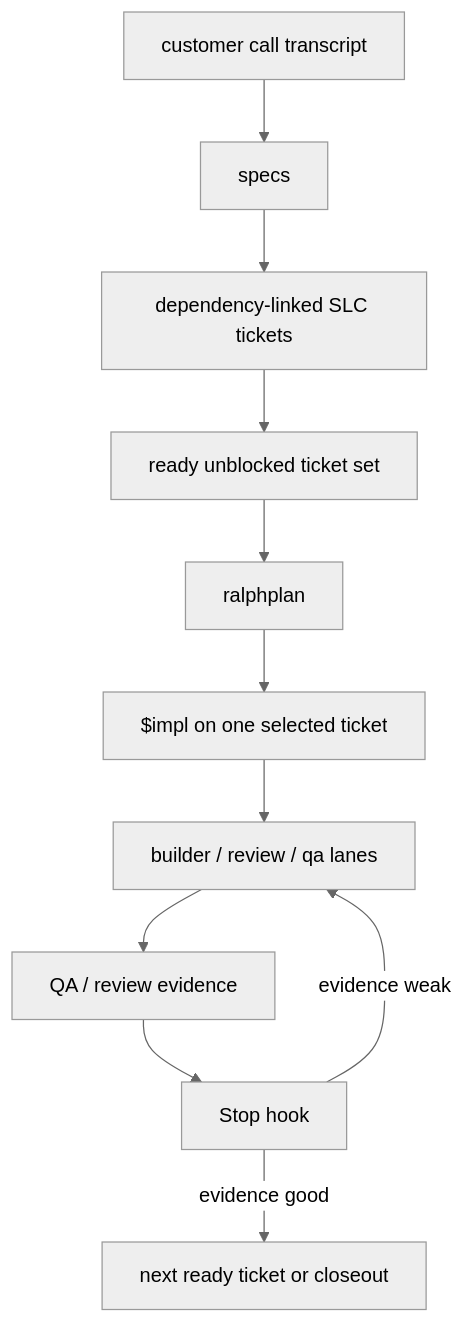
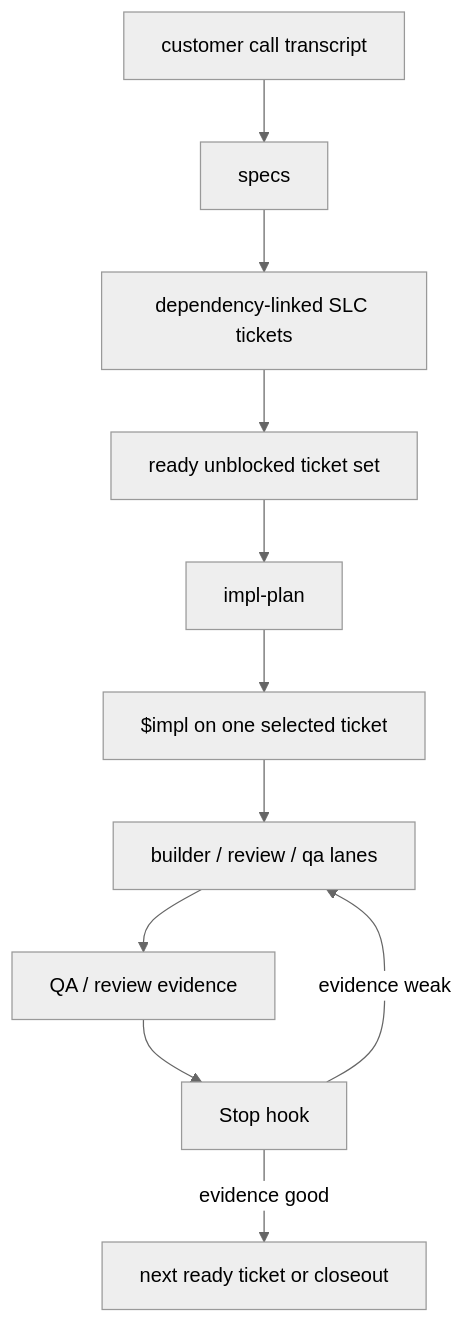
One commit to ZanarkandTechnologies/Farplane changed the third of 6 diagrams in README.md. Above: the diagram before and after it, drawn with Mermaid (neutral theme). The commit also changed other lines of this file and 35 other files, not shown here.

Commit message:
feat(planning): collapse planner surfaces into impl-plan

````diff
--- a/README.md
+++ b/README.md
@@ -164,13 +165,13 @@
 ```mermaid
 flowchart TD
     A[customer call transcript] --> B[specs]
     B --> C[dependency-linked SLC tickets]
     C --> D[ready unblocked ticket set]
-    D --> E[ralphplan]
+    D --> E[impl-plan]
     E --> F[$impl on one selected ticket]
     F --> G[builder / review / qa lanes]
     G --> H[QA / review evidence]
     H --> I[Stop hook]
     I -->|evidence weak| G
     I -->|evidence good| J[next ready ticket or closeout]
 ```
````
